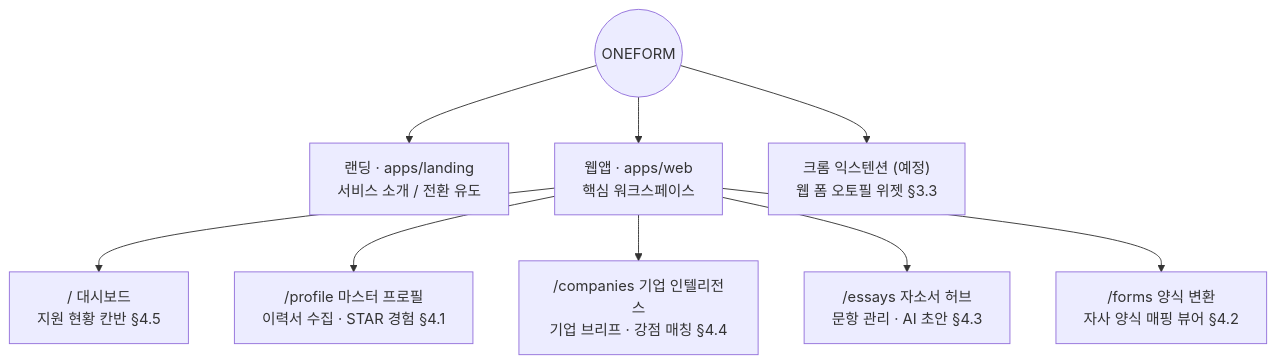
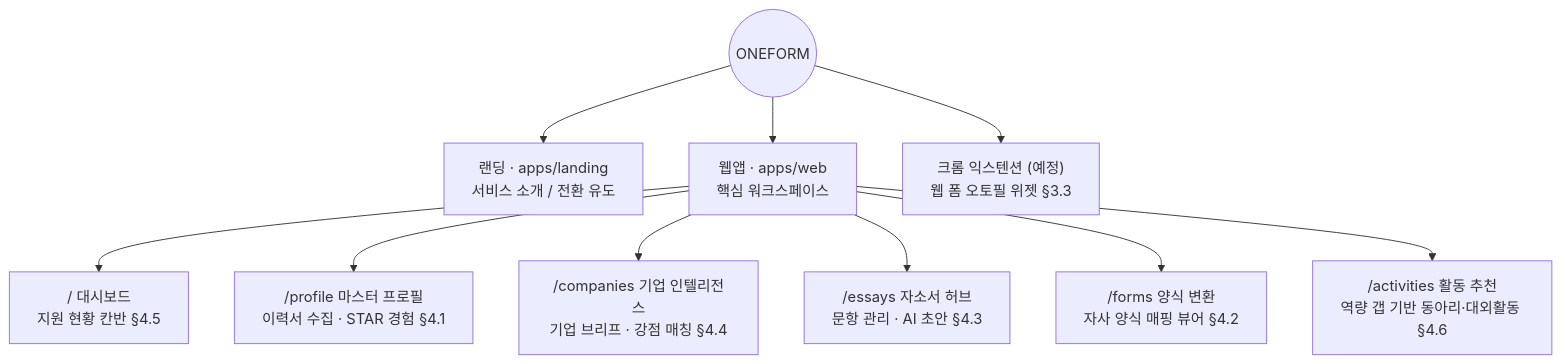
The first of 2 diagrams in docs/IA.md (kimtaejin3/one-form), drawn with Mermaid before and after one commit. The commit also changed other lines of this file and 3 other files, not shown here.

````diff
--- a/docs/IA.md
+++ b/docs/IA.md
@@ -7,13 +7,14 @@
 ```mermaid
 flowchart TD
     ONEFORM((ONEFORM))
     ONEFORM --> LANDING["랜딩 · apps/landing<br/>서비스 소개 / 전환 유도"]
     ONEFORM --> WEB["웹앱 · apps/web<br/>핵심 워크스페이스"]
     ONEFORM --> EXT["크롬 익스텐션 (예정)<br/>웹 폼 오토필 위젯 §3.3"]
 
     WEB --> DASH["/ 대시보드<br/>지원 현황 칸반 §4.5"]
     WEB --> PROFILE["/profile 마스터 프로필<br/>이력서 수집 · STAR 경험 §4.1"]
     WEB --> COMPANY["/companies 기업 인텔리전스<br/>기업 브리프 · 강점 매칭 §4.4"]
     WEB --> ESSAY["/essays 자소서 허브<br/>문항 관리 · AI 초안 §4.3"]
     WEB --> FORMS["/forms 양식 변환<br/>자사 양식 매핑 뷰어 §4.2"]
+    WEB --> ACT["/activities 활동 추천<br/>역량 갭 기반 동아리·대외활동 §4.6"]
 ```
````
